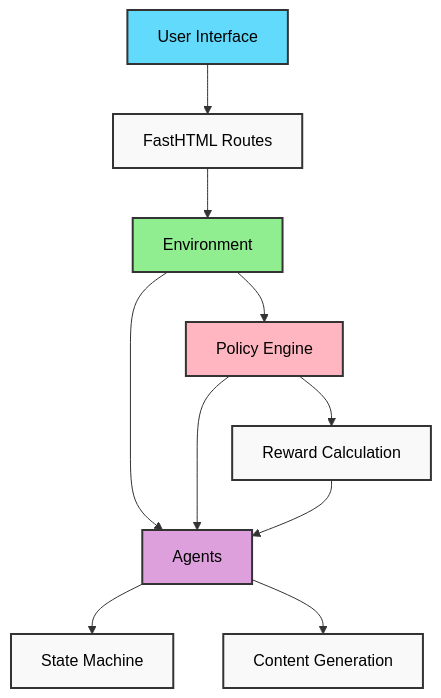
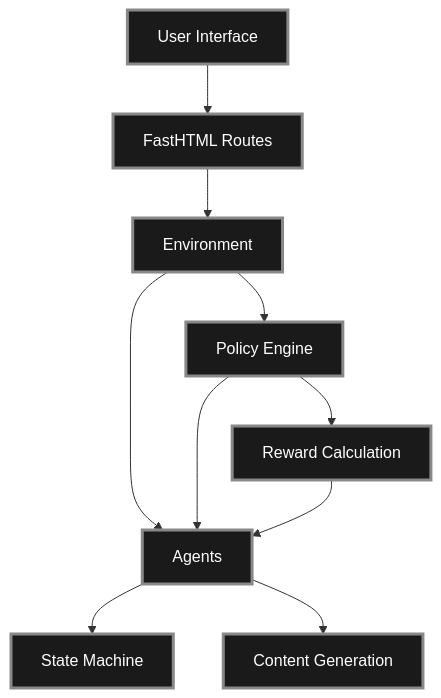
The diagram in docs/index.md (codeamt/platform-capitalism), drawn with Mermaid before and after one commit. The commit also changed other lines of this file and 18 other files, not shown here.

````diff
--- a/docs/index.md
+++ b/docs/index.md
@@ -39,21 +39,22 @@
 ```mermaid
+%%{init: {'theme':'default','themeVariables': {'primaryColor':'#61DAFB','primaryTextColor':'#000','primaryBorderColor':'#333','lineColor':'#333','secondaryColor':'#f9f9f9','tertiaryColor':'#fff','fontFamily':'arial','nodeTextColor':'#000','textColor':'#000'}}}%%
 graph TD
     A[User Interface] --> B[FastHTML Routes]
     B --> C[Environment]
     C --> D[Policy Engine]
     C --> E[Agents]
     D --> E
     E --> F[State Machine]
     E --> G[Content Generation]
     D --> H[Reward Calculation]
     H --> E
     
-    style A fill:#61DAFB,stroke:#333,stroke-width:2px,color:#000
-    style B fill:#f9f9f9,stroke:#333,stroke-width:2px,color:#000
-    style C fill:#90EE90,stroke:#333,stroke-width:2px,color:#000
-    style D fill:#FFB6C1,stroke:#333,stroke-width:2px,color:#000
-    style E fill:#DDA0DD,stroke:#333,stroke-width:2px,color:#000
-    style F fill:#f9f9f9,stroke:#333,stroke-width:2px,color:#000
-    style G fill:#f9f9f9,stroke:#333,stroke-width:2px,color:#000
-    style H fill:#f9f9f9,stroke:#333,stroke-width:2px,color:#000
+    style A fill:#1a1a1a,stroke:#888,stroke-width:3px,color:#fff
+    style B fill:#1a1a1a,stroke:#888,stroke-width:3px,color:#fff
+    style C fill:#1a1a1a,stroke:#888,stroke-width:3px,color:#fff
+    style D fill:#1a1a1a,stroke:#888,stroke-width:3px,color:#fff
+    style E fill:#1a1a1a,stroke:#888,stroke-width:3px,color:#fff
+    style F fill:#1a1a1a,stroke:#888,stroke-width:3px,color:#fff
+    style G fill:#1a1a1a,stroke:#888,stroke-width:3px,color:#fff
+    style H fill:#1a1a1a,stroke:#888,stroke-width:3px,color:#fff
 ```
````
